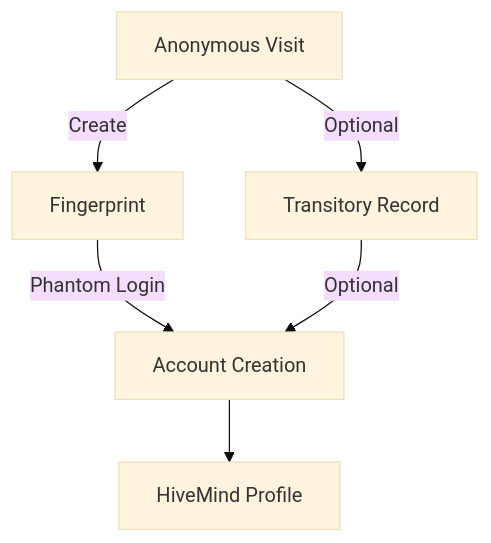
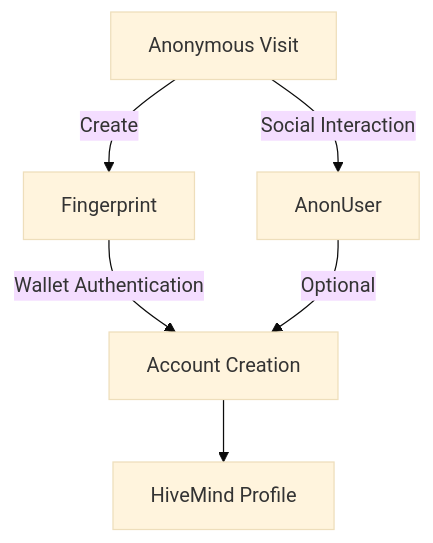
The first of 6 diagrams in docs/ARCHITECTURE.md (project-89/argos-server), drawn with Mermaid (base theme) before and after one commit. The commit also changed other lines of this file and 23 other files, not shown here.

````diff
--- a/docs/ARCHITECTURE.md
+++ b/docs/ARCHITECTURE.md
@@ -28,8 +28,8 @@
 ```mermaid
 graph TD
     A[Anonymous Visit] -->|Create| B[Fingerprint]
-    A -->|Optional| C[Transitory Record]
-    B -->|Phantom Login| D[Account Creation]
+    A -->|Social Interaction| C[AnonUser]
+    B -->|Wallet Authentication| D[Account Creation]
     C -->|Optional| D
     D --> E[HiveMind Profile]
 ```
````
